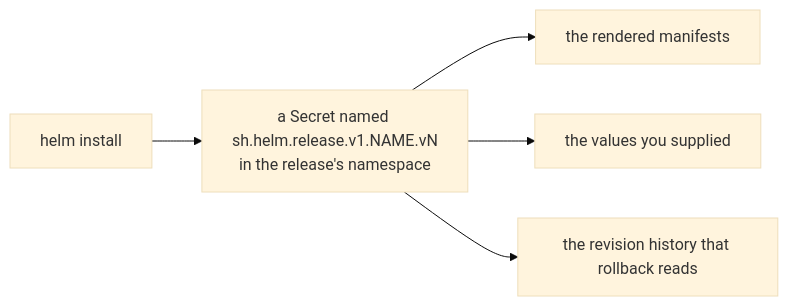
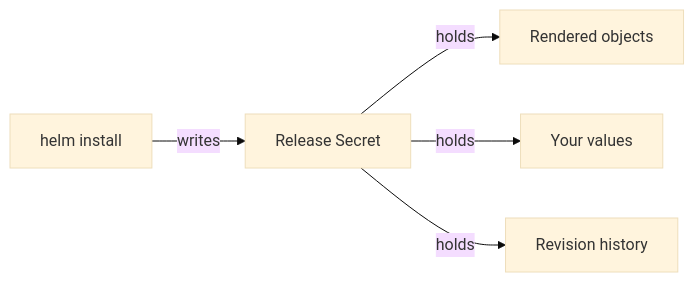
The diagram in sections/section-010/module-02/course-03-release-state-and-verification.md (astrona-io/ATS013), drawn with Mermaid (base theme) before and after one commit. The commit also changed other lines of this file and 24 other files, not shown here.

````diff
--- a/sections/section-010/module-02/course-03-release-state-and-verification.md
+++ b/sections/section-010/module-02/course-03-release-state-and-verification.md
@@ -9,7 +9,7 @@
 ```mermaid
 flowchart LR
-    H["helm install"] --> S["a Secret named sh.helm.release.v1.NAME.vN<br/>in the release's namespace"]
-    S --> M["the rendered manifests"]
-    S --> V["the values you supplied"]
-    S --> R["the revision history that rollback reads"]
+    H["helm install"] -->|"writes"| S["Release Secret"]
+    S -->|"holds"| M["Rendered objects"]
+    S -->|"holds"| V["Your values"]
+    S -->|"holds"| R["Revision history"]
 ```
````
